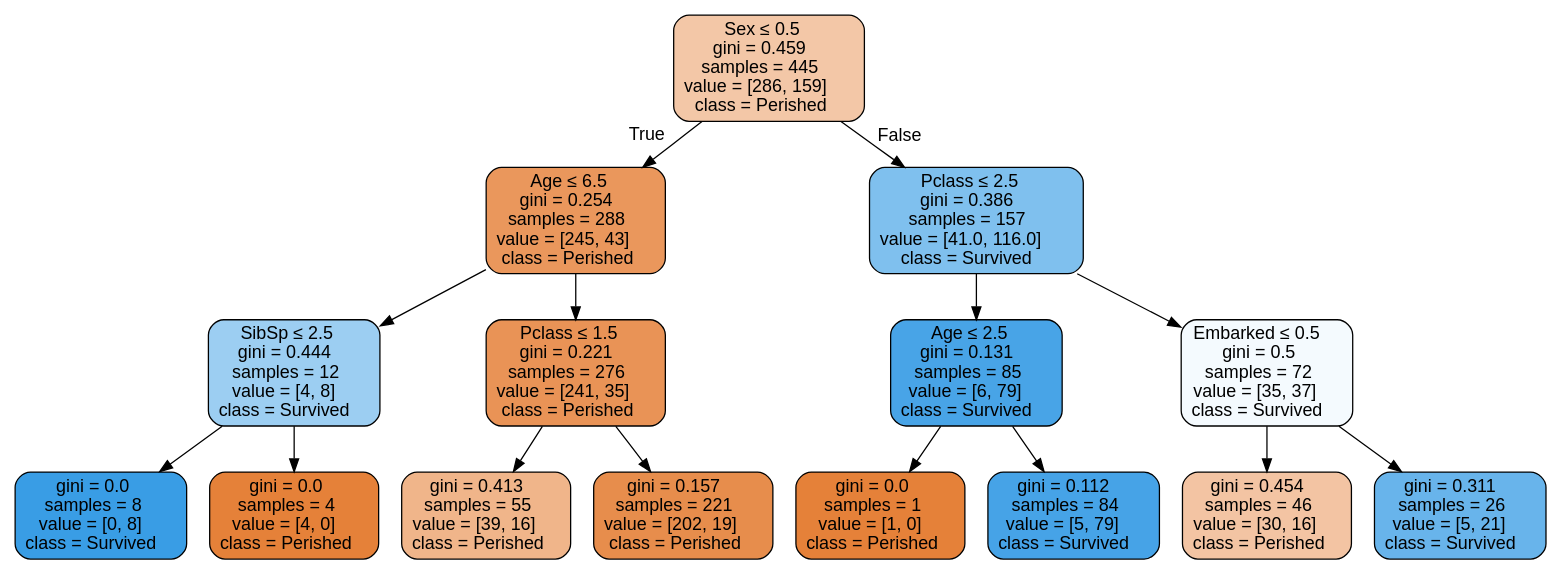
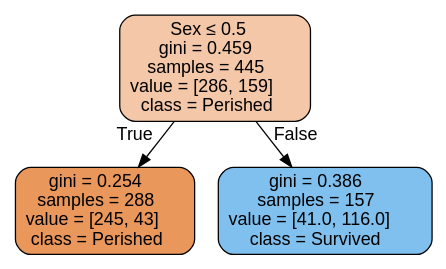
Before and after one commit to ibrahimergin/2026-datascience-lectures: the diagram in 15-Classification1/temp.dot, drawn with Graphviz. The commit also changed 8 other files, not shown here.

```diff
--- a/15-Classification1/temp.dot
+++ b/15-Classification1/temp.dot
@@ -1,33 +1,9 @@
 digraph Tree {
 node [shape=box, style="filled, rounded", color="black", fontname="helvetica"] ;
 edge [fontname="helvetica"] ;
 0 [label=<Sex &le; 0.5<br/>gini = 0.459<br/>samples = 445<br/>value = [286, 159]<br/>class = Perished>, fillcolor="#f3c7a7"] ;
-1 [label=<Age &le; 6.5<br/>gini = 0.254<br/>samples = 288<br/>value = [245, 43]<br/>class = Perished>, fillcolor="#ea975c"] ;
+1 [label=<gini = 0.254<br/>samples = 288<br/>value = [245, 43]<br/>class = Perished>, fillcolor="#ea975c"] ;
 0 -> 1 [labeldistance=2.5, labelangle=45, headlabel="True"] ;
-2 [label=<SibSp &le; 2.5<br/>gini = 0.444<br/>samples = 12<br/>value = [4, 8]<br/>class = Survived>, fillcolor="#9ccef2"] ;
-1 -> 2 ;
-3 [label=<gini = 0.0<br/>samples = 8<br/>value = [0, 8]<br/>class = Survived>, fillcolor="#399de5"] ;
-2 -> 3 ;
-4 [label=<gini = 0.0<br/>samples = 4<br/>value = [4, 0]<br/>class = Perished>, fillcolor="#e58139"] ;
-2 -> 4 ;
-5 [label=<Pclass &le; 1.5<br/>gini = 0.221<br/>samples = 276<br/>value = [241, 35]<br/>class = Perished>, fillcolor="#e99356"] ;
-1 -> 5 ;
-6 [label=<gini = 0.413<br/>samples = 55<br/>value = [39, 16]<br/>class = Perished>, fillcolor="#f0b58a"] ;
-5 -> 6 ;
-7 [label=<gini = 0.157<br/>samples = 221<br/>value = [202, 19]<br/>class = Perished>, fillcolor="#e78d4c"] ;
-5 -> 7 ;
-8 [label=<Pclass &le; 2.5<br/>gini = 0.386<br/>samples = 157<br/>value = [41.0, 116.0]<br/>class = Survived>, fillcolor="#7fc0ee"] ;
-0 -> 8 [labeldistance=2.5, labelangle=-45, headlabel="False"] ;
-9 [label=<Age &le; 2.5<br/>gini = 0.131<br/>samples = 85<br/>value = [6, 79]<br/>class = Survived>, fillcolor="#48a4e7"] ;
-8 -> 9 ;
-10 [label=<gini = 0.0<br/>samples = 1<br/>value = [1, 0]<br/>class = Perished>, fillcolor="#e58139"] ;
-9 -> 10 ;
-11 [label=<gini = 0.112<br/>samples = 84<br/>value = [5, 79]<br/>class = Survived>, fillcolor="#46a3e7"] ;
-9 -> 11 ;
-12 [label=<Embarked &le; 0.5<br/>gini = 0.5<br/>samples = 72<br/>value = [35, 37]<br/>class = Survived>, fillcolor="#f4fafe"] ;
-8 -> 12 ;
-13 [label=<gini = 0.454<br/>samples = 46<br/>value = [30, 16]<br/>class = Perished>, fillcolor="#f3c4a3"] ;
-12 -> 13 ;
-14 [label=<gini = 0.311<br/>samples = 26<br/>value = [5, 21]<br/>class = Survived>, fillcolor="#68b4eb"] ;
-12 -> 14 ;
+2 [label=<gini = 0.386<br/>samples = 157<br/>value = [41.0, 116.0]<br/>class = Survived>, fillcolor="#7fc0ee"] ;
+0 -> 2 [labeldistance=2.5, labelangle=-45, headlabel="False"] ;
 }
```
